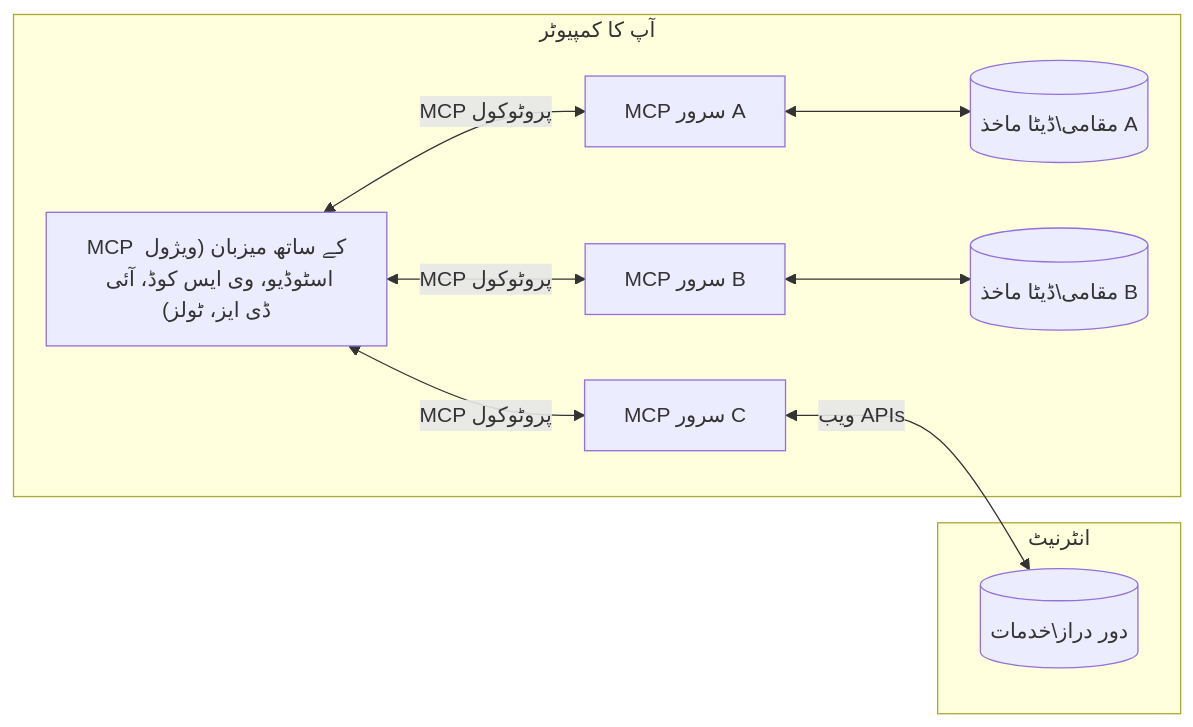
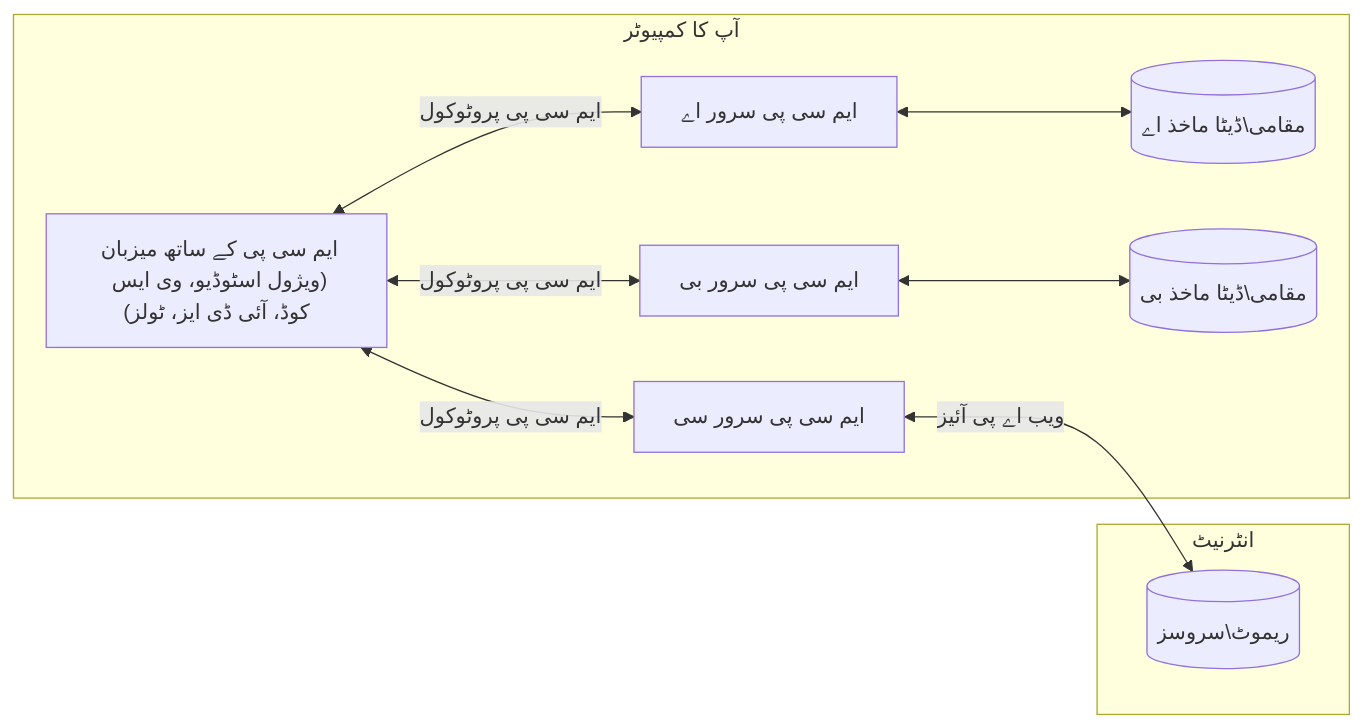
Before and after one commit to Mu-L/mcp-for-beginners: the diagram in translations/ur/01-CoreConcepts/README.md, drawn with Mermaid. The commit also changed other lines of this file and 110 other files, not shown here.

````diff
--- a/translations/ur/01-CoreConcepts/README.md
+++ b/translations/ur/01-CoreConcepts/README.md
@@ -45,17 +45,17 @@
 ```mermaid
 flowchart LR
     subgraph "آپ کا کمپیوٹر"
-        Host["MCP کے ساتھ میزبان (ویژول اسٹوڈیو، وی ایس کوڈ، آئی ڈی ایز، ٹولز)"]
-        S1["MCP سرور A"]
-        S2["MCP سرور B"]
-        S3["MCP سرور C"]
-        Host <-->|"MCP پروٹوکول"| S1
-        Host <-->|"MCP پروٹوکول"| S2
-        Host <-->|"MCP پروٹوکول"| S3
-        S1 <--> D1[("مقامی\ڈیٹا ماخذ A")]
-        S2 <--> D2[("مقامی\ڈیٹا ماخذ B")]
+        Host["ایم سی پی کے ساتھ میزبان (ویژول اسٹوڈیو، وی ایس کوڈ، آئی ڈی ایز، ٹولز)"]
+        S1["ایم سی پی سرور اے"]
+        S2["ایم سی پی سرور بی"]
+        S3["ایم سی پی سرور سی"]
+        Host <-->|"ایم سی پی پروٹوکول"| S1
+        Host <-->|"ایم سی پی پروٹوکول"| S2
+        Host <-->|"ایم سی پی پروٹوکول"| S3
+        S1 <--> D1[("مقامی\ڈیٹا ماخذ اے")]
+        S2 <--> D2[("مقامی\ڈیٹا ماخذ بی")]
     end
     subgraph "انٹرنیٹ"
-        S3 <-->|"ویب APIs"| D3[("دور دراز\خدمات")]
+        S3 <-->|"ویب اے پی آئیز"| D3[("ریموٹ\سروسز")]
     end
 ```
````
